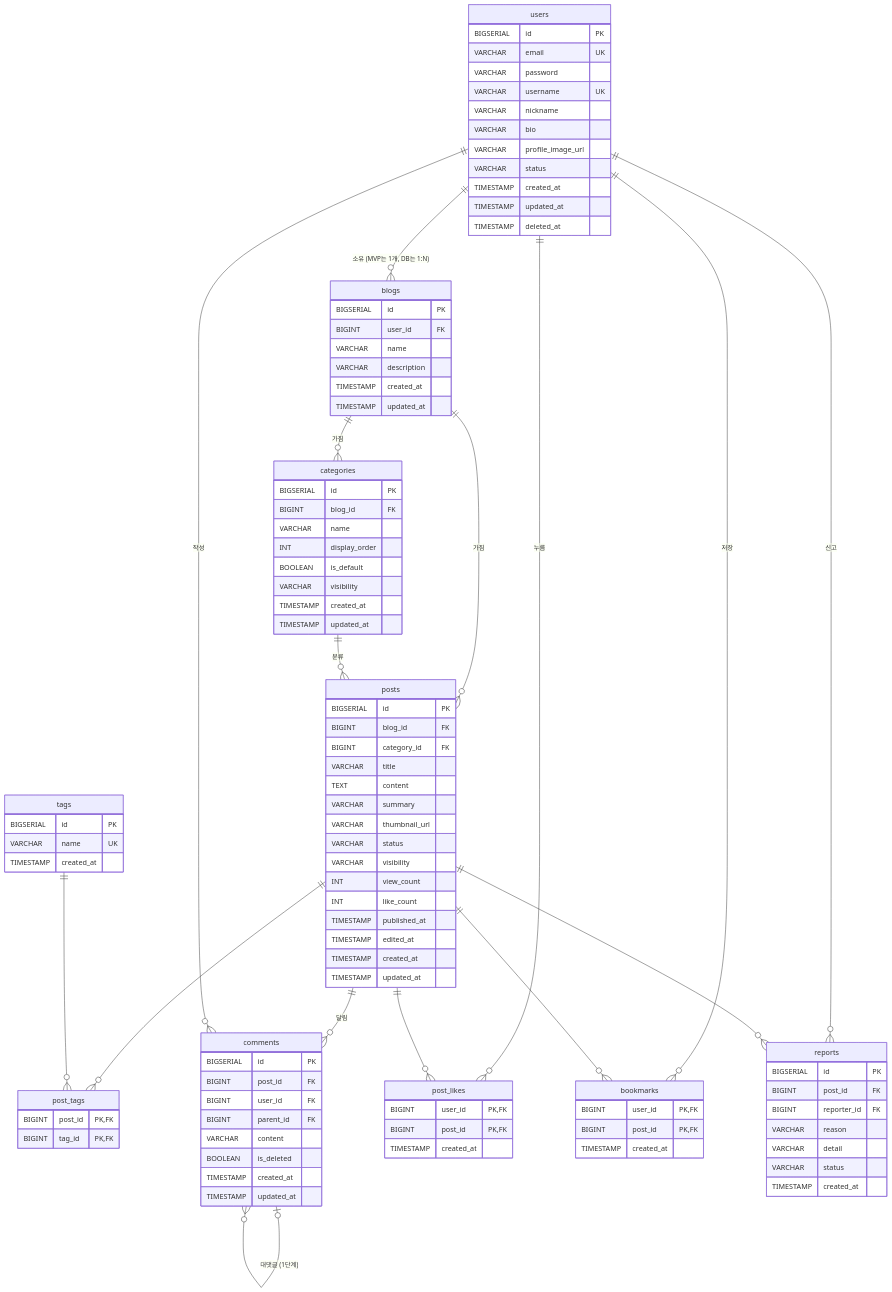
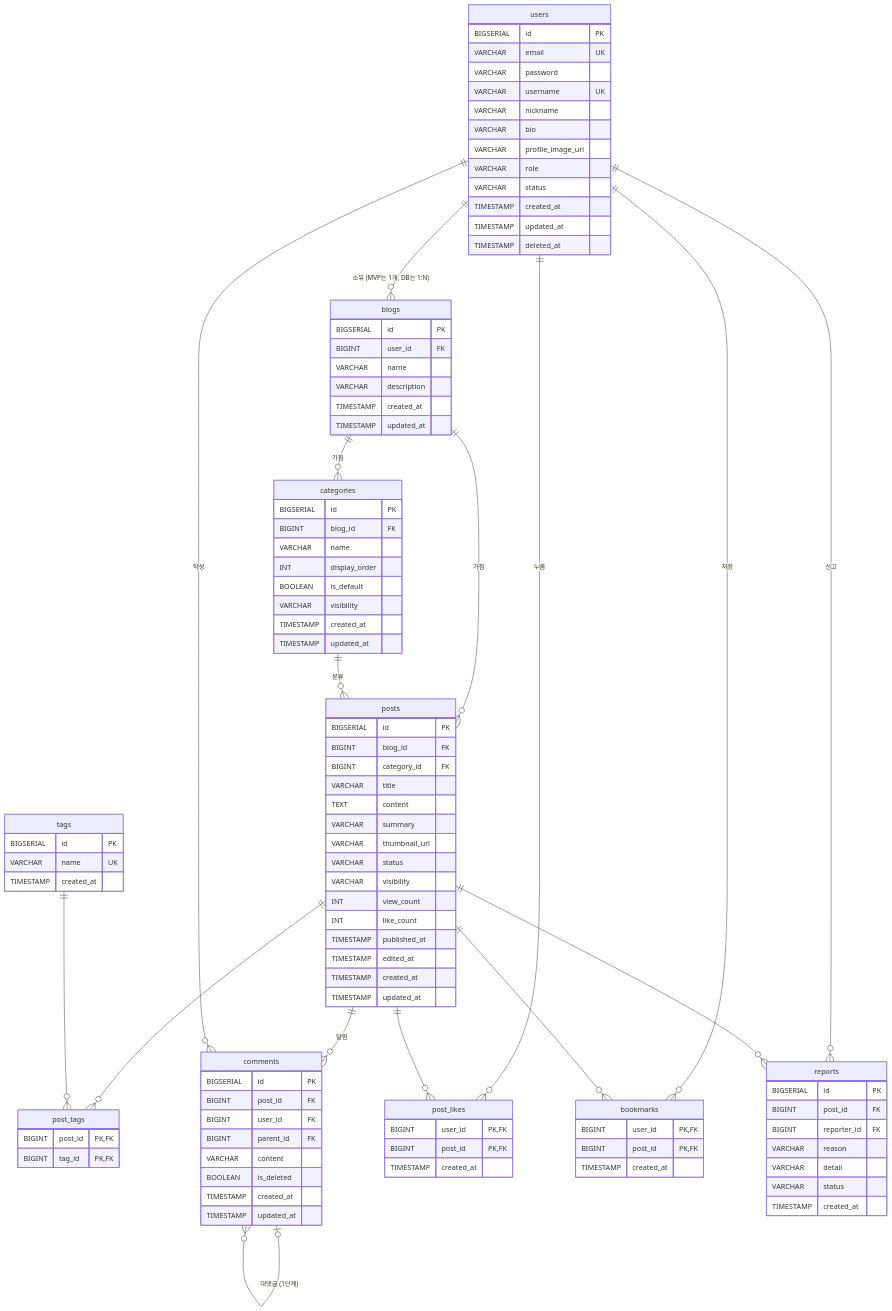
Before and after one commit to AIP-1/blog-basic-AIGJ_01_007-firstblog: the diagram in docs/ERD.md, drawn with Mermaid. The commit also changed other lines of this file and 1 other file, not shown here.

```diff
--- a/docs/ERD.md
+++ b/docs/ERD.md
@@ -35,6 +35,7 @@
         VARCHAR nickname
         VARCHAR bio
         VARCHAR profile_image_url
+        VARCHAR role
         VARCHAR status
         TIMESTAMP created_at
         TIMESTAMP updated_at
```
